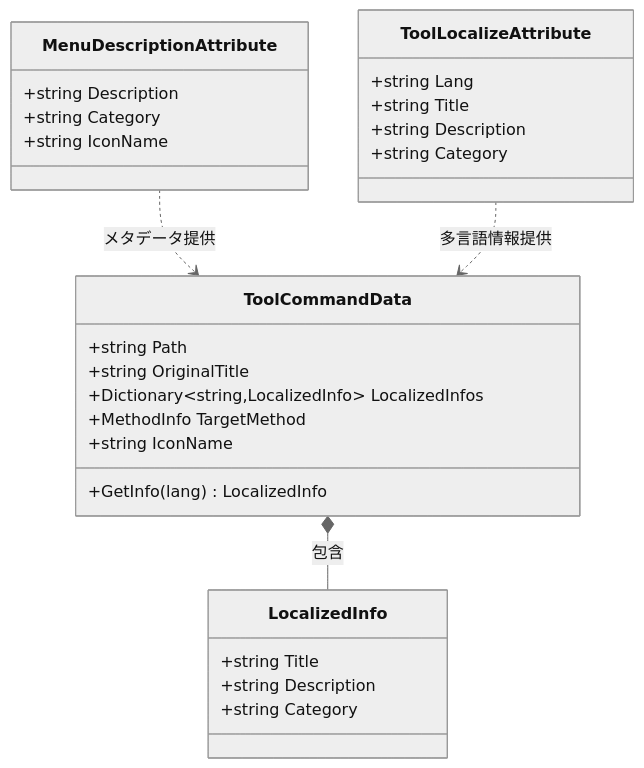
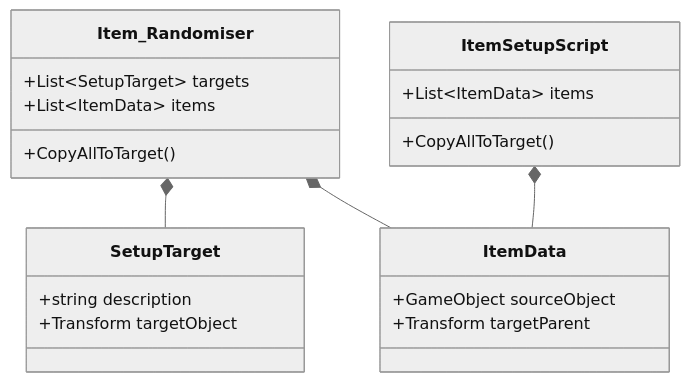
The fourth of 7 diagrams in Documentation/Architecture.md (moruton1119/com.moruton.gimmicks), drawn with Mermaid (neutral theme) before and after one commit. The commit also changed other lines of this file and 2 other files, not shown here.

````diff
--- a/Documentation/Architecture.md
+++ b/Documentation/Architecture.md
@@ -82,34 +125,27 @@
 ```mermaid
 classDiagram
-    class ToolCommandData {
-        +string Path
-        +string OriginalTitle
-        +Dictionary~string,LocalizedInfo~ LocalizedInfos
-        +MethodInfo TargetMethod
-        +string IconName
-        +GetInfo(lang) LocalizedInfo
+    class Item_Randomiser {
+        +List~SetupTarget~ targets
+        +List~ItemData~ items
+        +CopyAllToTarget()
     }
     
-    class LocalizedInfo {
-        +string Title
-        +string Description
-        +string Category
+    class ItemSetupScript {
+        +List~ItemData~ items
+        +CopyAllToTarget()
     }
     
-    class MenuDescriptionAttribute {
-        +string Description
-        +string Category
-        +string IconName
+    class SetupTarget {
+        +string description
+        +Transform targetObject
     }
     
-    class ToolLocalizeAttribute {
-        +string Lang
-        +string Title
-        +string Description
-        +string Category
+    class ItemData {
+        +GameObject sourceObject
+        +Transform targetParent
     }
     
-    ToolCommandData *-- LocalizedInfo : 包含
-    MenuDescriptionAttribute ..> ToolCommandData : メタデータ提供
-    ToolLocalizeAttribute ..> ToolCommandData : 多言語情報提供
+    Item_Randomiser *-- SetupTarget
+    Item_Randomiser *-- ItemData
+    ItemSetupScript *-- ItemData
 ```
````
